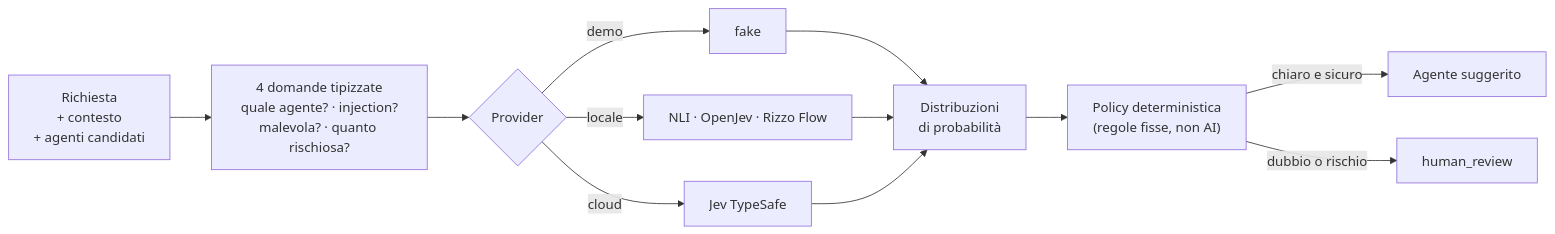
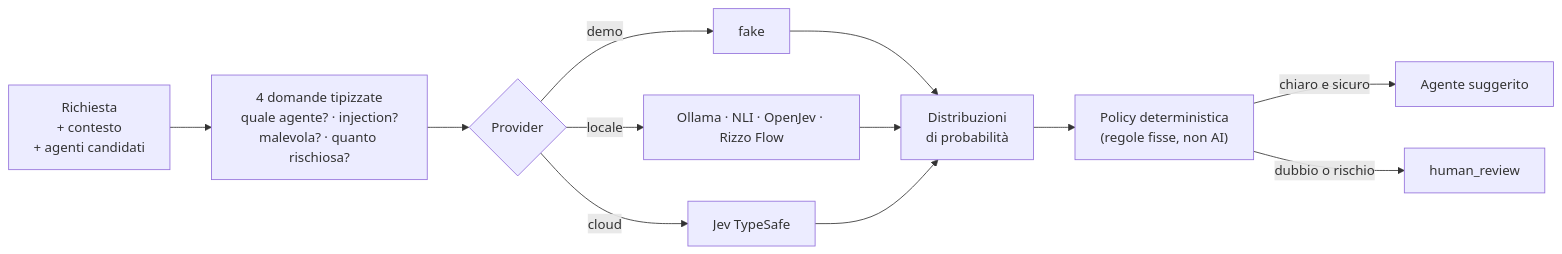
One commit to zalaso/decision-router changed the diagram in README.md. Above: the diagram before and after it, drawn with Mermaid. The commit also changed other lines of this file and 17 other files, not shown here.

````diff
--- a/README.md
+++ b/README.md
@@ -89,12 +89,12 @@
 ```mermaid
 flowchart LR
     R["Richiesta<br/>+ contesto<br/>+ agenti candidati"] --> Q["4 domande tipizzate<br/>quale agente? · injection?<br/>malevola? · quanto rischiosa?"]
     Q --> P{"Provider"}
     P -->|demo| F[fake]
-    P -->|locale| L["NLI · OpenJev · Rizzo Flow"]
+    P -->|locale| L["Ollama · NLI · OpenJev · Rizzo Flow"]
     P -->|cloud| C[Jev TypeSafe]
     F & L & C --> D["Distribuzioni<br/>di probabilità"]
     D --> POL["Policy deterministica<br/>(regole fisse, non AI)"]
     POL -->|chiaro e sicuro| A["Agente suggerito"]
     POL -->|dubbio o rischio| H["human_review"]
 ```
````
